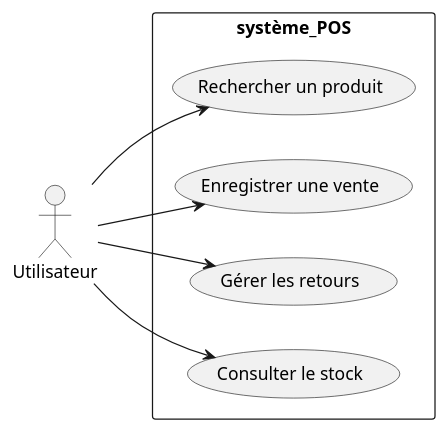
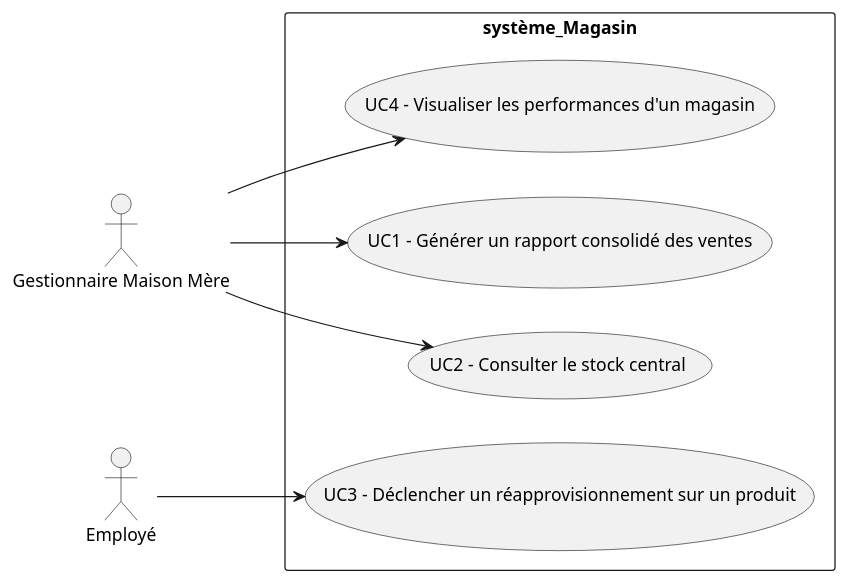
Before and after one commit to LojanArunasalam/LOG430-Lab2: the diagram in docs/diagrams/use_case_diagram.puml, drawn with PlantUML. The commit also changed 16 other files, not shown here.

```diff
--- a/docs/diagrams/use_case_diagram.puml
+++ b/docs/diagrams/use_case_diagram.puml
@@ -1,14 +1,15 @@
 @startuml
 left to right direction
-actor "Utilisateur" as user
-rectangle système_POS {
-  usecase "Rechercher un produit" as UC1
-  usecase "Enregistrer une vente" as UC2
-  usecase "Gérer les retours" as UC3
-  usecase "Consulter le stock" as UC4
+actor "Gestionnaire Maison Mère" as gestionnaire 
+actor "Employé" as user
+rectangle système_Magasin {
+  usecase "UC1 - Générer un rapport consolidé des ventes" as UC1
+  usecase "UC2 - Consulter le stock central" as UC2
+  usecase "UC3 - Déclencher un réapprovisionnement sur un produit" as UC3
+  usecase "UC4 - Visualiser les performances d'un magasin" as UC4
 }
-user --> UC1
-user --> UC2
+gestionnaire --> UC1
+gestionnaire --> UC2
 user --> UC3
-user --> UC4
+gestionnaire --> UC4
 @enduml
```
